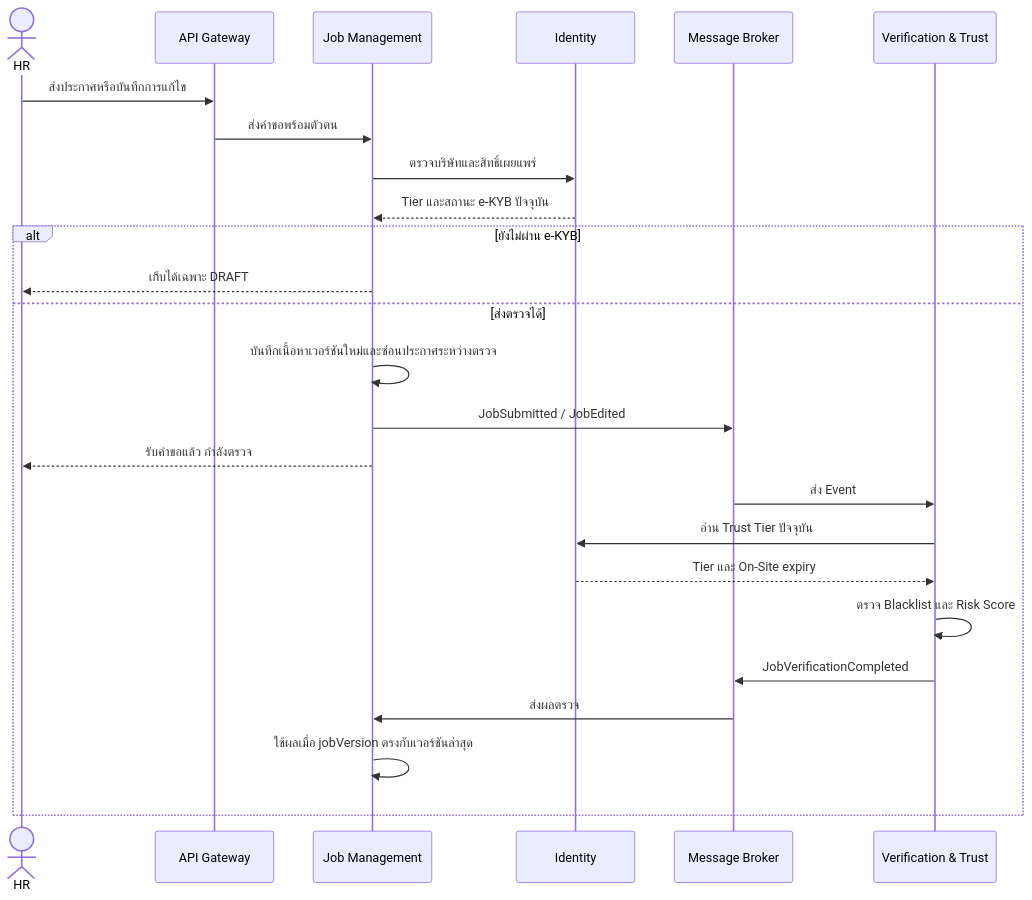
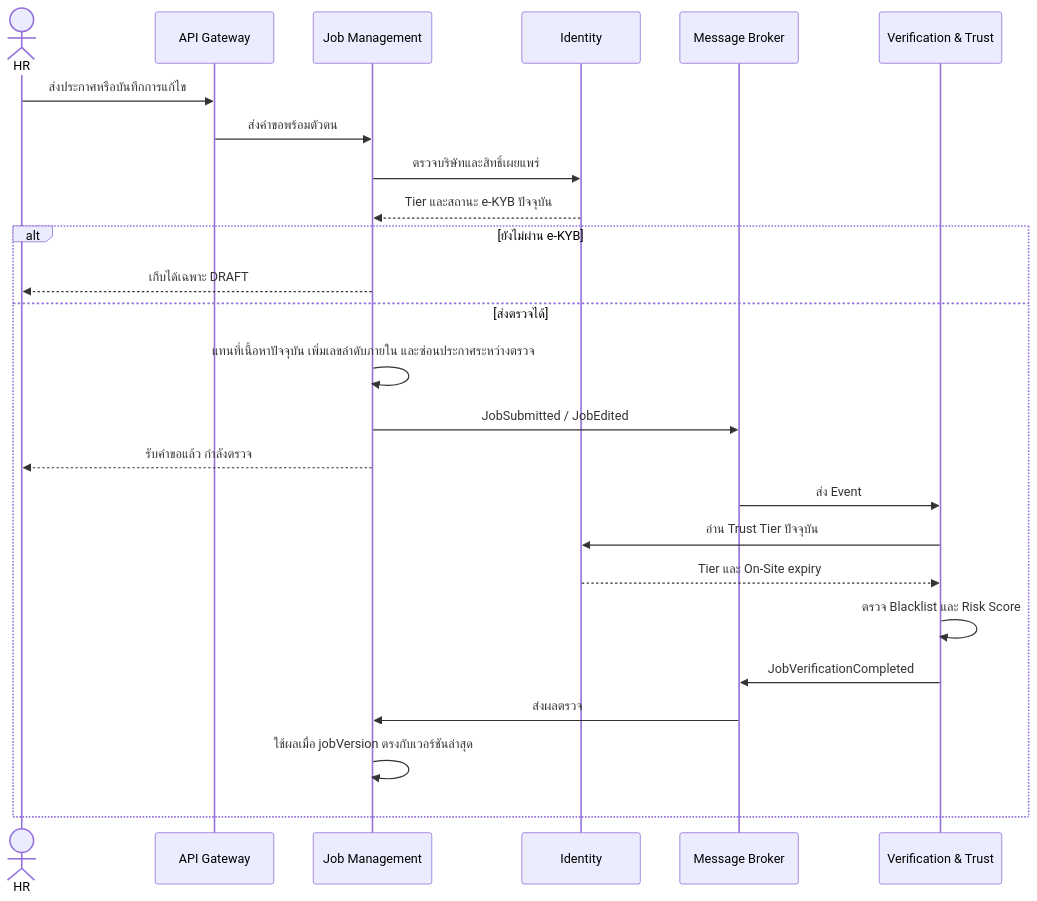
One commit to CSI-400/University-Internship-Platform changed the second of 2 diagrams in docs/architecture.md. Above: the diagram before and after it, drawn with Mermaid. The commit also changed other lines of this file and 6 other files, not shown here.

````diff
--- a/docs/architecture.md
+++ b/docs/architecture.md
@@ -60,28 +60,28 @@
 ```mermaid
 sequenceDiagram
     actor HR
     participant GW as API Gateway
     participant JOB as Job Management
     participant ID as Identity
     participant MQ as Message Broker
     participant V as Verification & Trust
 
     HR->>GW: ส่งประกาศหรือบันทึกการแก้ไข
     GW->>JOB: ส่งคำขอพร้อมตัวตน
     JOB->>ID: ตรวจบริษัทและสิทธิ์เผยแพร่
     ID-->>JOB: Tier และสถานะ e-KYB ปัจจุบัน
     alt ยังไม่ผ่าน e-KYB
         JOB-->>HR: เก็บได้เฉพาะ DRAFT
     else ส่งตรวจได้
-        JOB->>JOB: บันทึกเนื้อหาเวอร์ชันใหม่และซ่อนประกาศระหว่างตรวจ
+        JOB->>JOB: แทนที่เนื้อหาปัจจุบัน เพิ่มเลขลำดับภายใน และซ่อนประกาศระหว่างตรวจ
         JOB->>MQ: JobSubmitted / JobEdited
         JOB-->>HR: รับคำขอแล้ว กำลังตรวจ
         MQ->>V: ส่ง Event
         V->>ID: อ่าน Trust Tier ปัจจุบัน
         ID-->>V: Tier และ On-Site expiry
         V->>V: ตรวจ Blacklist และ Risk Score
         V->>MQ: JobVerificationCompleted
         MQ->>JOB: ส่งผลตรวจ
         JOB->>JOB: ใช้ผลเมื่อ jobVersion ตรงกับเวอร์ชันล่าสุด
     end
 ```
````
